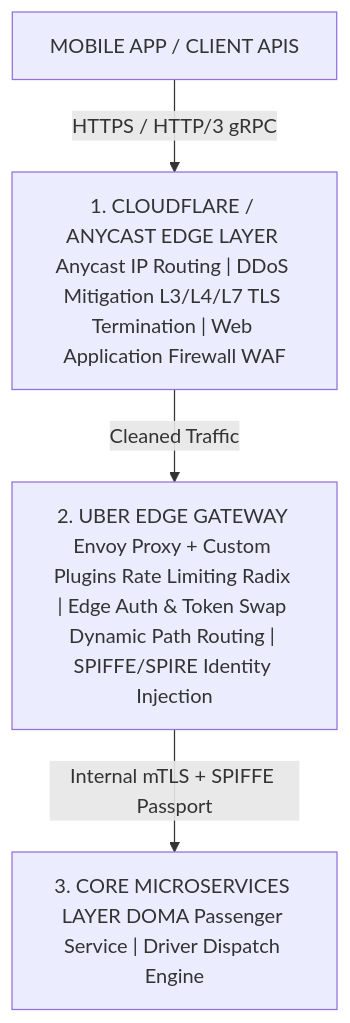
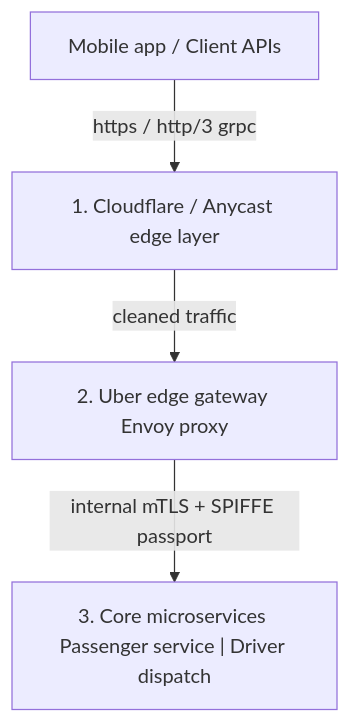
Before and after one commit to Chandra179/atlas: diagram 17 of 19 in blog/astro/src/content/docs/uber-architecture.md, drawn with Mermaid. The commit also changed 1 other file, not shown here.

````diff
--- a/blog/astro/src/content/docs/uber-architecture.md
+++ b/blog/astro/src/content/docs/uber-architecture.md
@@ -912,6 +912,6 @@
 ```mermaid
 graph TB
-    CLIENTS["MOBILE APP / CLIENT APIS"] -->|HTTPS / HTTP/3 gRPC| CF["1. CLOUDFLARE / ANYCAST EDGE LAYER Anycast IP Routing | DDoS Mitigation L3/L4/L7 TLS Termination | Web Application Firewall WAF"]
-    CF -->|Cleaned Traffic| GW["2. UBER EDGE GATEWAY Envoy Proxy + Custom Plugins Rate Limiting Radix | Edge Auth & Token Swap Dynamic Path Routing | SPIFFE/SPIRE Identity Injection"]
-    GW -->|Internal mTLS + SPIFFE Passport| MS["3. CORE MICROSERVICES LAYER DOMA Passenger Service | Driver Dispatch Engine"]
+    CLIENTS["Mobile app / Client APIs"] -->|https / http/3 grpc| CF["1. Cloudflare / Anycast edge layer"]
+    CF -->|cleaned traffic| GW["2. Uber edge gateway Envoy proxy"]
+    GW -->|internal mTLS + SPIFFE passport| MS["3. Core microservices Passenger service | Driver dispatch"]
 ```
````
